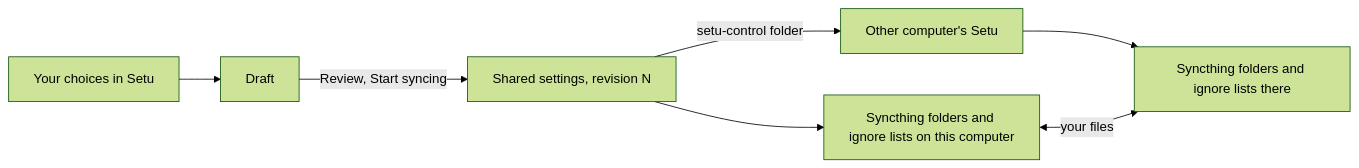
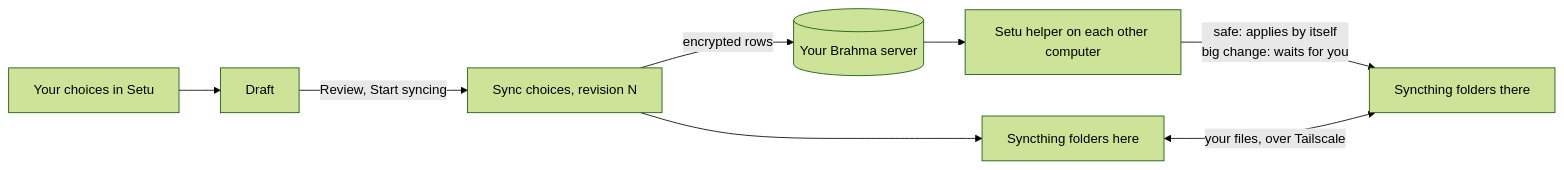
Before and after one commit to sudharamachandranrajeev/setu-sync-manager: the diagram in README.md, drawn with Mermaid (forest theme). The commit also changed other lines of this file and 29 other files, not shown here.

````diff
--- a/README.md
+++ b/README.md
@@ -109,9 +129,10 @@
 ```mermaid
 flowchart LR
   A[Your choices in Setu] --> B[Draft]
-  B -->|Review, Start syncing| C[Shared settings, revision N]
-  C -->|setu-control folder| D[Other computer's Setu]
-  C --> E[Syncthing folders and ignore lists on this computer]
-  D --> F[Syncthing folders and ignore lists there]
-  E <-->|your files| F
+  B -->|Review, Start syncing| C[Sync choices, revision N]
+  C -->|encrypted rows| S[(Your Brahma server)]
+  S --> D[Setu helper on each other computer]
+  D -->|safe: applies by itself<br/>big change: waits for you| F[Syncthing folders there]
+  C --> E[Syncthing folders here]
+  E <-->|your files, over Tailscale| F
 ```
````
